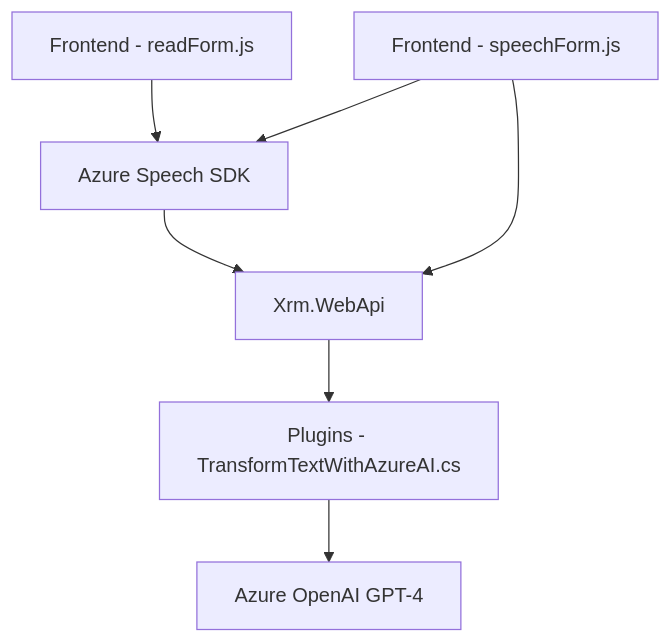
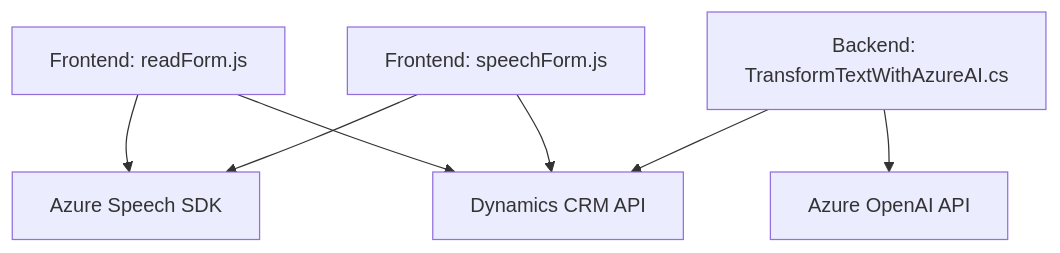
The diagram in README.md (blopezdm/NETCORE_BILBAO2025), drawn with Mermaid before and after one commit. The commit also changed other lines of this file, not shown here.

````diff
--- a/README.md
+++ b/README.md
@@ -61,9 +44,16 @@
 ```mermaid
 graph TD
-  B1["Frontend - readForm.js"] --> SpeechSDK["Azure Speech SDK"]
-  SpeechSDK --> DynaApi["Xrm.WebApi"]
-  B2["Frontend - speechForm.js"] --> SpeechSDK
-  B2 --> DynaApi
-  DynaApi --> Backend["Plugins - TransformTextWithAzureAI.cs"]
-  Backend --> OpenAI["Azure OpenAI GPT-4"]
+  A["Frontend: readForm.js"]
+  B["Frontend: speechForm.js"]
+  C["Backend: TransformTextWithAzureAI.cs"]
+  D["Azure Speech SDK"]
+  E["Dynamics CRM API"]
+  F["Azure OpenAI API"]
+
+  A --> D
+  B --> D
+  A --> E
+  B --> E
+  C --> F
+  C --> E
 ```
````
